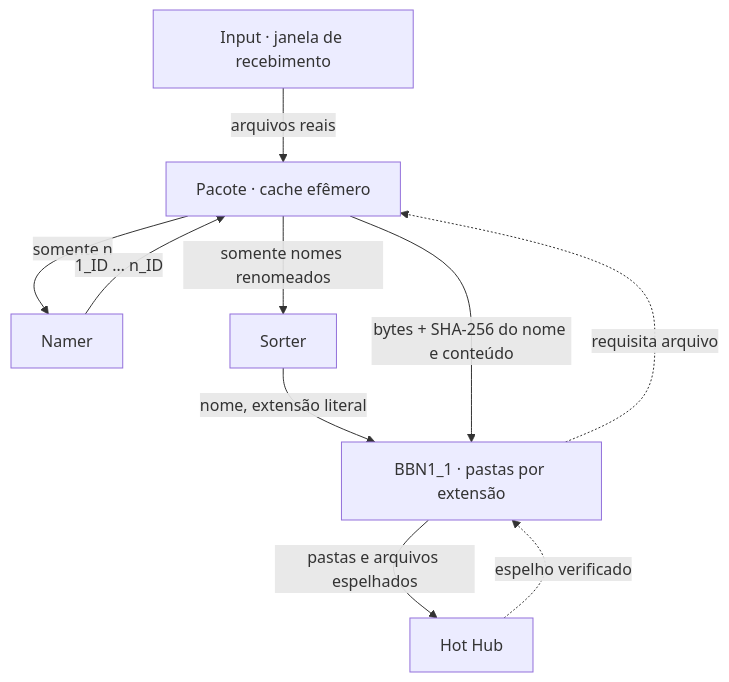
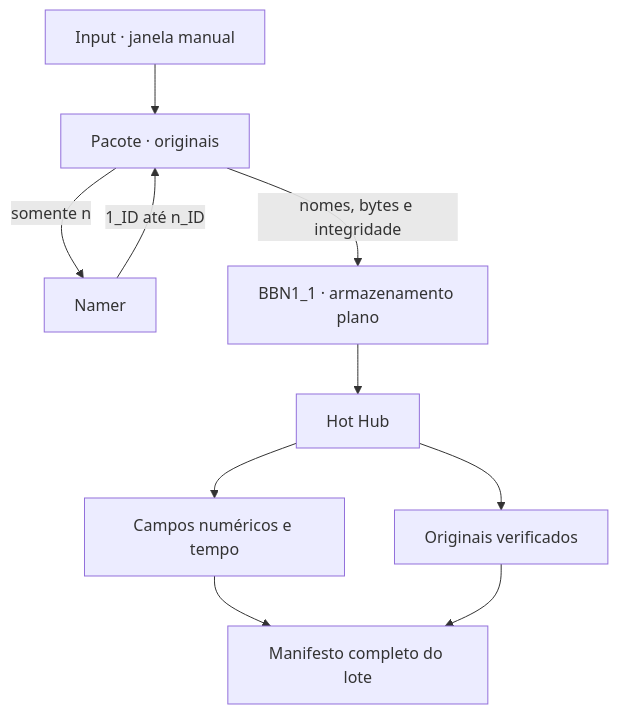
Before and after one commit to Walc21/AI-MEMORY: the diagram in README.md, drawn with Mermaid. The commit also changed other lines of this file and 17 other files, not shown here.

````diff
--- a/README.md
+++ b/README.md
@@ -7,12 +9,12 @@
 ```mermaid
 flowchart TB
-    I["Input · janela de recebimento"] -->|"arquivos reais"| P["Pacote · cache efêmero"]
+    I["Input · janela manual"] --> P["Pacote · originais"]
     P -->|"somente n"| N["Namer"]
-    N -->|"1_ID … n_ID"| P
-    P -->|"somente nomes renomeados"| S["Sorter"]
-    S -->|"nome, extensão literal"| B["BBN1_1 · pastas por extensão"]
-    B -.->|"requisita arquivo"| P
-    P -->|"bytes + SHA-256 do nome e conteúdo"| B
-    B -->|"pastas e arquivos espelhados"| H["Hot Hub"]
-    H -.->|"espelho verificado"| B
+    N -->|"1_ID até n_ID"| P
+    P -->|"nomes, bytes e integridade"| B["BBN1_1 · armazenamento plano"]
+    B --> H["Hot Hub"]
+    H --> O["Originais verificados"]
+    H --> F["Campos numéricos e tempo"]
+    F --> M["Manifesto completo do lote"]
+    O --> M
 ```
````
